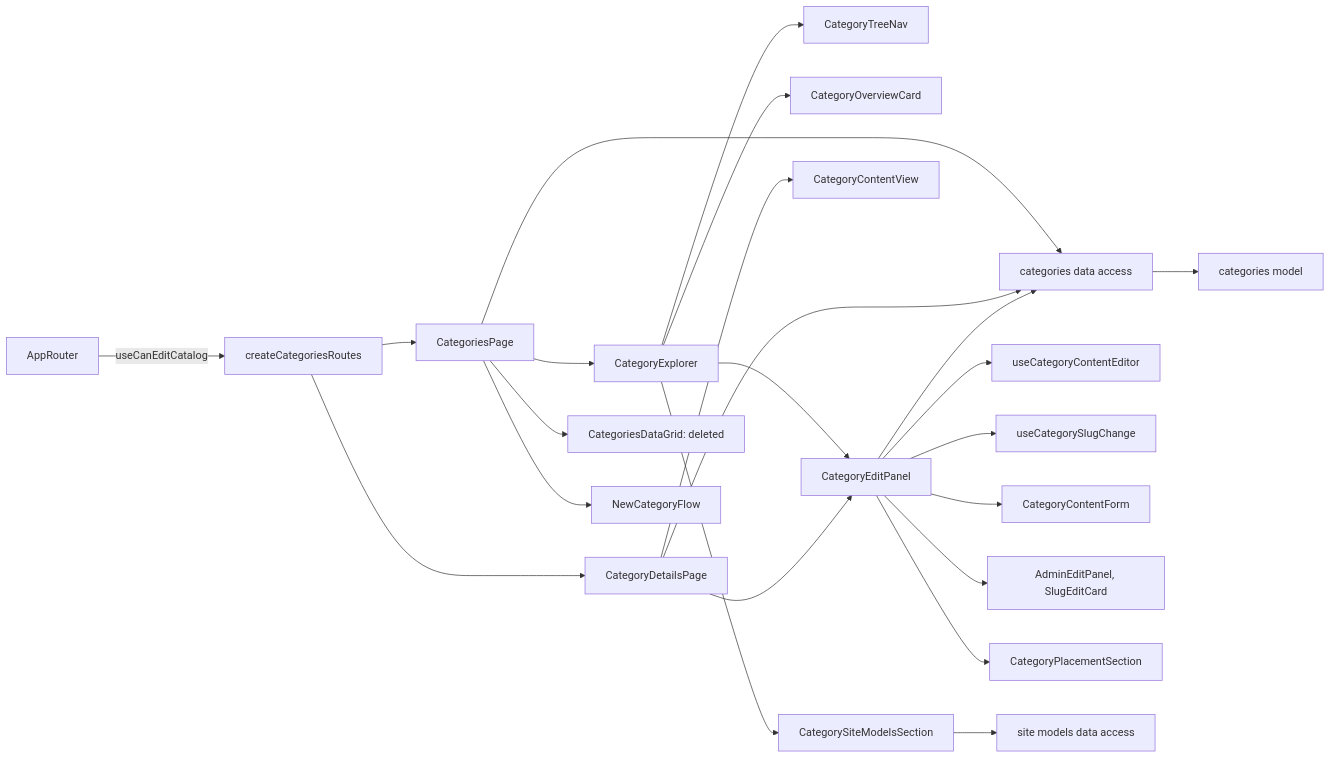
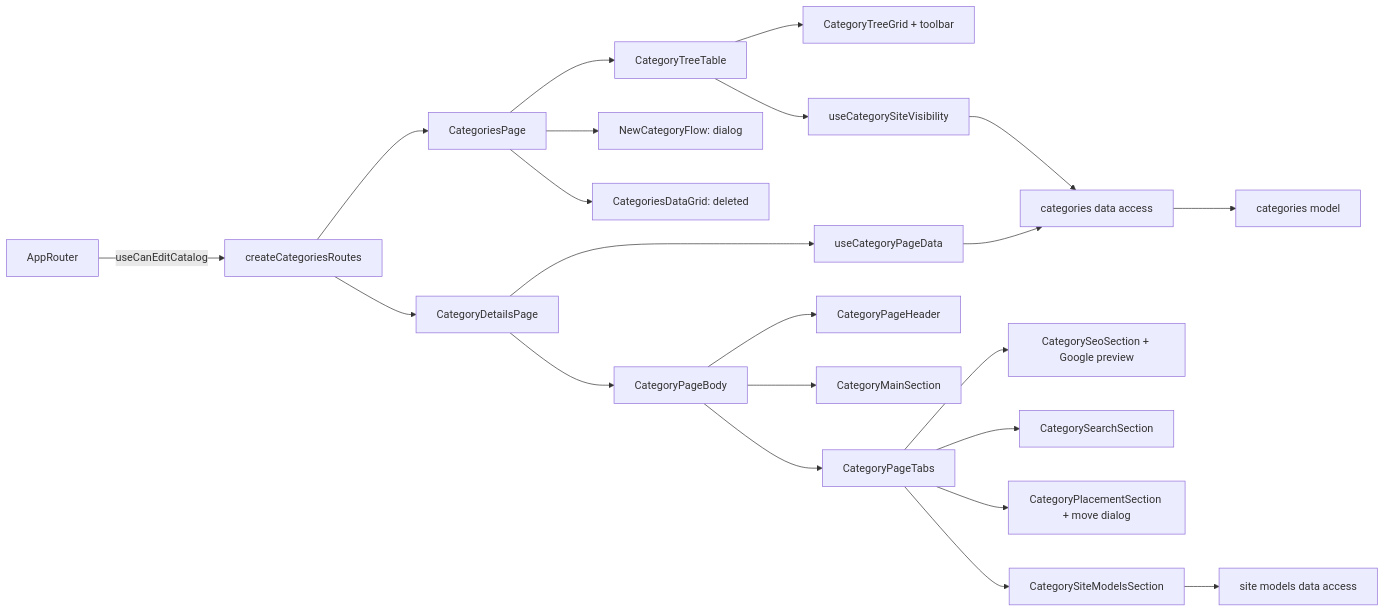
The diagram in docs/features/admin/categories.md (Weretik/kedr-web), drawn with Mermaid before and after one commit. The commit also changed other lines of this file and 119 other files, not shown here.

First line of the commit message:
Redesign admin categories as a tree table and a category page (#162)

````diff
--- a/docs/features/admin/categories.md
+++ b/docs/features/admin/categories.md
@@ -13,25 +13,24 @@
 ```mermaid
 flowchart LR
     App[AppRouter] -->|useCanEditCatalog| Routes[createCategoriesRoutes]
     Routes --> List[CategoriesPage]
-    Routes --> Detail[CategoryDetailsPage]
-    List --> Api[categories data access]
-    Detail --> Api
-    List --> Explorer[CategoryExplorer]
-    Explorer --> Tree[CategoryTreeNav]
-    Explorer --> Overview[CategoryOverviewCard]
-    Explorer --> Panel[CategoryEditPanel]
-    Detail --> Panel
-    Panel --> Api
-    Panel --> Editor[useCategoryContentEditor]
-    Panel --> Slug[useCategorySlugChange]
+    Routes --> Page[CategoryDetailsPage]
+    List --> Table[CategoryTreeTable]
+    Table --> Grid[CategoryTreeGrid + toolbar]
+    Table --> Visibility[useCategorySiteVisibility]
+    List --> New[NewCategoryFlow: dialog]
+    List --> Deleted[CategoriesDataGrid: deleted]
+    Page --> Data[useCategoryPageData]
+    Page --> Body[CategoryPageBody]
+    Body --> Header[CategoryPageHeader]
+    Body --> Main[CategoryMainSection]
+    Body --> Tabs[CategoryPageTabs]
+    Tabs --> Seo[CategorySeoSection + Google preview]
+    Tabs --> Search[CategorySearchSection]
+    Tabs --> Place[CategoryPlacementSection + move dialog]
+    Tabs --> Models[CategorySiteModelsSection]
+    Models --> SiteModels[site models data access]
+    Data --> Api[categories data access]
+    Visibility --> Api
     Api --> Model[categories model]
-    List --> Grid[CategoriesDataGrid: deleted]
-    Panel --> Content[CategoryContentForm]
-    Detail --> View[CategoryContentView]
-    Panel --> Shared[AdminEditPanel, SlugEditCard]
-    Panel --> Place[CategoryPlacementSection]
-    List --> New[NewCategoryFlow]
-    Explorer --> Models[CategorySiteModelsSection]
-    Models --> SiteModels[site models data access]
 ```
````
